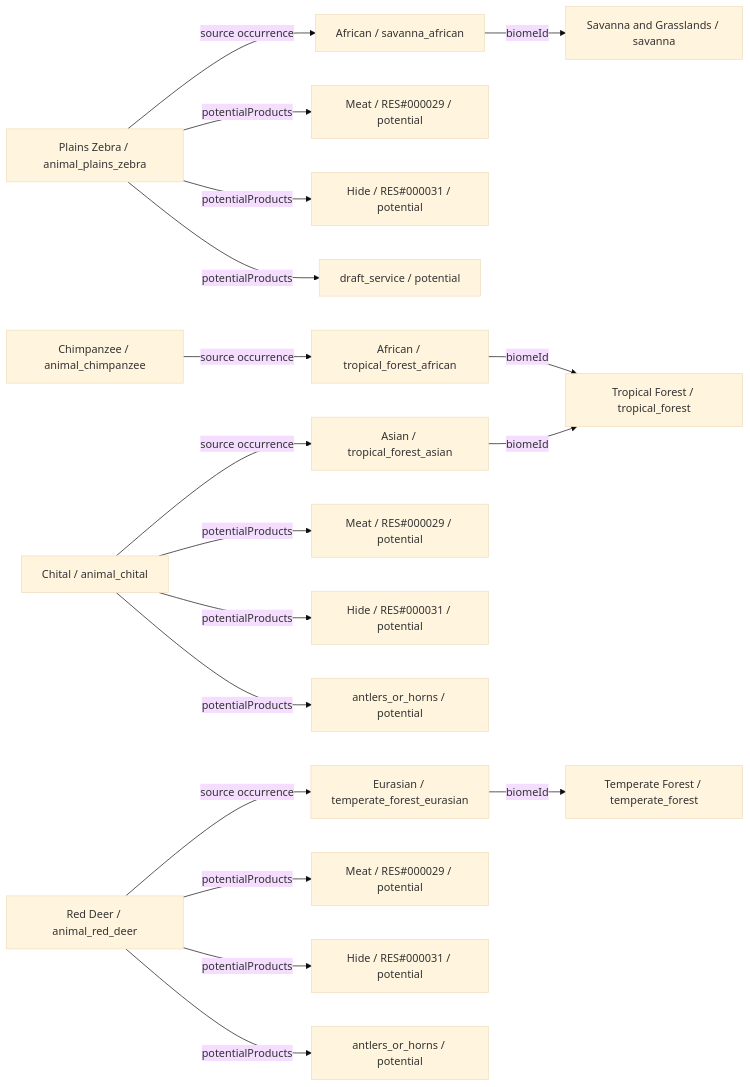
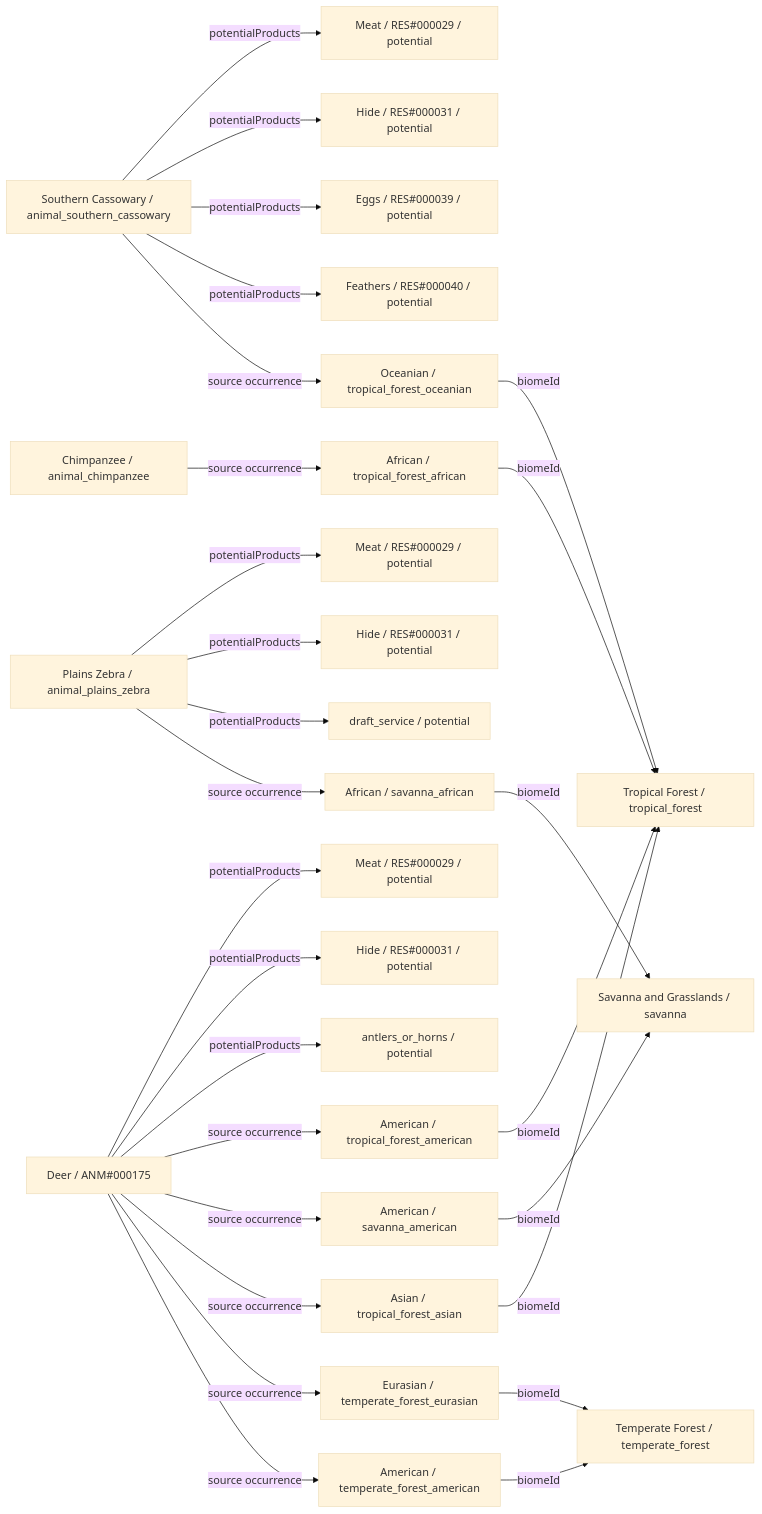
The sixth of 26 diagrams in data/animals/DIAGRAMS.md (fgabo404/EvolveDoc), drawn with Mermaid (base theme) before and after one commit. The commit also changed other lines of this file and 59 other files, not shown here.

````diff
--- a/data/animals/DIAGRAMS.md
+++ b/data/animals/DIAGRAMS.md
@@ -455,40 +358,54 @@
 ```mermaid
 flowchart LR
-    c0["Plains Zebra / animal_plains_zebra"]
+    c0["Southern Cassowary / animal_southern_cassowary"]
+    v3["Oceanian / tropical_forest_oceanian"]
+    b0["Tropical Forest / tropical_forest"]
+    o0_0["Meat / RES#000029 / potential"]
+    o0_1["Hide / RES#000031 / potential"]
+    o0_2["Eggs / RES#000039 / potential"]
+    o0_3["Feathers / RES#000040 / potential"]
+    c1["Plains Zebra / animal_plains_zebra"]
     v11["African / savanna_african"]
     b3["Savanna and Grasslands / savanna"]
-    o0_0["Meat / RES#000029 / potential"]
-    o0_1["Hide / RES#000031 / potential"]
-    o0_2["draft_service / potential"]
-    c1["Chimpanzee / animal_chimpanzee"]
+    o1_0["Meat / RES#000029 / potential"]
+    o1_1["Hide / RES#000031 / potential"]
+    o1_2["draft_service / potential"]
+    c2["Chimpanzee / animal_chimpanzee"]
     v1["African / tropical_forest_african"]
-    b0["Tropical Forest / tropical_forest"]
-    c2["Chital / animal_chital"]
+    c3["Deer / ANM#000175"]
+    v0["American / tropical_forest_american"]
     v2["Asian / tropical_forest_asian"]
-    o2_0["Meat / RES#000029 / potential"]
-    o2_1["Hide / RES#000031 / potential"]
-    o2_2["antlers_or_horns / potential"]
-    c3["Red Deer / animal_red_deer"]
     v4["Eurasian / temperate_forest_eurasian"]
     b1["Temperate Forest / temperate_forest"]
+    v5["American / temperate_forest_american"]
+    v12["American / savanna_american"]
     o3_0["Meat / RES#000029 / potential"]
     o3_1["Hide / RES#000031 / potential"]
     o3_2["antlers_or_horns / potential"]
     c0 -->|potentialProducts| o0_0
     c0 -->|potentialProducts| o0_1
     c0 -->|potentialProducts| o0_2
-    c0 -->|source occurrence| v11
-    c1 -->|source occurrence| v1
-    c2 -->|potentialProducts| o2_0
-    c2 -->|potentialProducts| o2_1
-    c2 -->|potentialProducts| o2_2
-    c2 -->|source occurrence| v2
+    c0 -->|potentialProducts| o0_3
+    c0 -->|source occurrence| v3
+    c1 -->|potentialProducts| o1_0
+    c1 -->|potentialProducts| o1_1
+    c1 -->|potentialProducts| o1_2
+    c1 -->|source occurrence| v11
+    c2 -->|source occurrence| v1
     c3 -->|potentialProducts| o3_0
     c3 -->|potentialProducts| o3_1
     c3 -->|potentialProducts| o3_2
+    c3 -->|source occurrence| v0
+    c3 -->|source occurrence| v12
+    c3 -->|source occurrence| v2
     c3 -->|source occurrence| v4
+    c3 -->|source occurrence| v5
+    v0 -->|biomeId| b0
     v1 -->|biomeId| b0
     v11 -->|biomeId| b3
+    v12 -->|biomeId| b3
     v2 -->|biomeId| b0
+    v3 -->|biomeId| b0
     v4 -->|biomeId| b1
+    v5 -->|biomeId| b1
 ```
````
